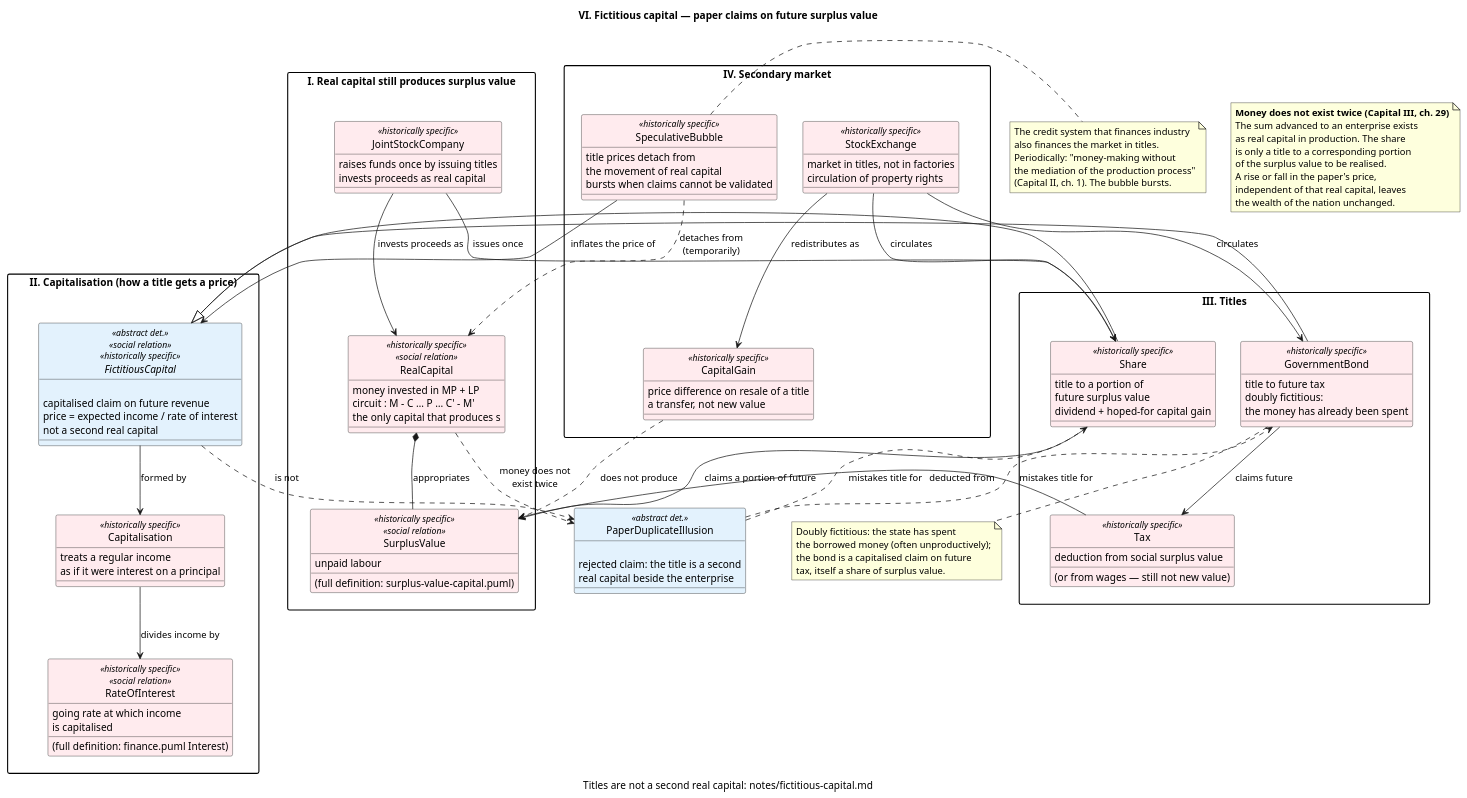
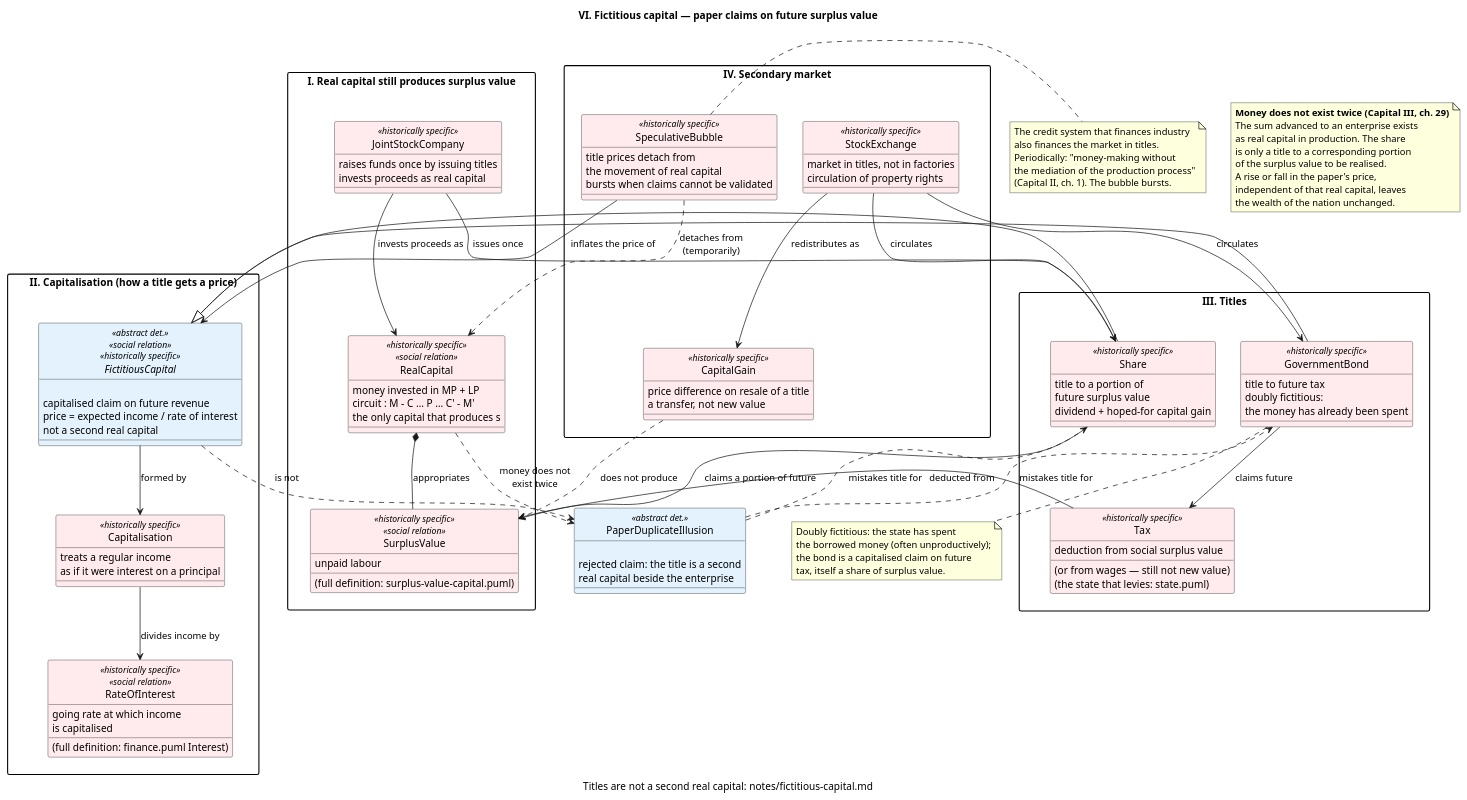
One commit to davot/wagism changed the diagram in models/fictitious-capital.puml. Above: the diagram before and after it, drawn with PlantUML. The commit also changed 12 other files, not shown here.

```diff
--- a/models/fictitious-capital.puml
+++ b/models/fictitious-capital.puml
@@ -8,143 +8,144 @@
 @startuml fictitious-capital
 title VI. Fictitious capital — paper claims on future surplus value
 caption Titles are not a second real capital: notes/fictitious-capital.md
 
 hide circle
 skinparam shadowing false
 skinparam backgroundColor white
 skinparam classAttributeIconSize 0
 skinparam packageStyle rectangle
 skinparam ranksep 50
 skinparam nodesep 35
 skinparam class {
   BackgroundColor<<abstract det.>> #E3F2FD
   BackgroundColor<<social relation>> #EDE7F6
   BackgroundColor<<historically specific>> #FFEBEE
 }
 
 package "I. Real capital still produces surplus value" as P1 {
   class SurplusValue <<historically specific>> <<social relation>> {
     unpaid labour
     (full definition: surplus-value-capital.puml)
   }
   class RealCapital <<historically specific>> <<social relation>> {
     money invested in MP + LP
     circuit : M – C … P … C' – M'
     the only capital that produces s
   }
   class JointStockCompany <<historically specific>> {
     raises funds once by issuing titles
     invests proceeds as real capital
   }
 }
 
 package "II. Capitalisation (how a title gets a price)" as P2 {
   abstract class FictitiousCapital <<abstract det.>> <<social relation>> <<historically specific>> {
     {abstract}
     capitalised claim on future revenue
     price = expected income / rate of interest
     not a second real capital
   }
   class Capitalisation <<historically specific>> {
     treats a regular income
     as if it were interest on a principal
   }
   class RateOfInterest <<historically specific>> <<social relation>> {
     going rate at which income
     is capitalised
     (full definition: finance.puml Interest)
   }
 }
 
 package "III. Titles" as P3 {
   class Share <<historically specific>> {
     title to a portion of
     future surplus value
     dividend + hoped-for capital gain
   }
   class GovernmentBond <<historically specific>> {
     title to future tax
     doubly fictitious:
     the money has already been spent
   }
   class Tax <<historically specific>> {
     deduction from social surplus value
     (or from wages — still not new value)
+    (the state that levies: state.puml)
   }
 }
 
 package "IV. Secondary market" as P4 {
   class StockExchange <<historically specific>> {
     market in titles, not in factories
     circulation of property rights
   }
   class CapitalGain <<historically specific>> {
     price difference on resale of a title
     a transfer, not new value
   }
   class SpeculativeBubble <<historically specific>> {
     title prices detach from
     the movement of real capital
     bursts when claims cannot be validated
   }
 }
 
 class PaperDuplicateIllusion <<abstract det.>> {
   {abstract}
   rejected claim: the title is a second
   real capital beside the enterprise
 }
 
 JointStockCompany --> RealCapital : invests proceeds as
 RealCapital *-- SurplusValue : appropriates
 JointStockCompany --> Share : issues once
 Share --|> FictitiousCapital
 GovernmentBond --|> FictitiousCapital
 FictitiousCapital --> Capitalisation : formed by
 Capitalisation --> RateOfInterest : divides income by
 Share --> SurplusValue : claims a portion of future
 GovernmentBond --> Tax : claims future
 Tax --> SurplusValue : deducted from
 StockExchange --> Share : circulates
 StockExchange --> GovernmentBond : circulates
 StockExchange --> CapitalGain : redistributes as
 CapitalGain ..> SurplusValue : does not produce
 SpeculativeBubble --> FictitiousCapital : inflates the price of
 SpeculativeBubble ..> RealCapital : detaches from\n(temporarily)
 PaperDuplicateIllusion ..> Share : mistakes title for
 PaperDuplicateIllusion ..> GovernmentBond : mistakes title for
 FictitiousCapital ..> PaperDuplicateIllusion : is not
 RealCapital ..> PaperDuplicateIllusion : money does not\nexist twice
 
 P1 -[hidden]right-> P2
 P2 -[hidden]right-> P3
 P1 -[hidden]down-> P4
 P3 -[hidden]down-> P4
 
 note as NOnce
   **Money does not exist twice (Capital III, ch. 29)**
   The sum advanced to an enterprise exists
   as real capital in production. The share
   is only a title to a corresponding portion
   of the surplus value to be realised.
   A rise or fall in the paper's price,
   independent of that real capital, leaves
   the wealth of the nation unchanged.
 end note
 
 note bottom of GovernmentBond
   Doubly fictitious: the state has spent
   the borrowed money (often unproductively);
   the bond is a capitalised claim on future
   tax, itself a share of surplus value.
 end note
 
 note right of SpeculativeBubble
   The credit system that finances industry
   also finances the market in titles.
   Periodically: "money-making without
   the mediation of the production process"
   (Capital II, ch. 1). The bubble bursts.
 end note
 
 @enduml
```
